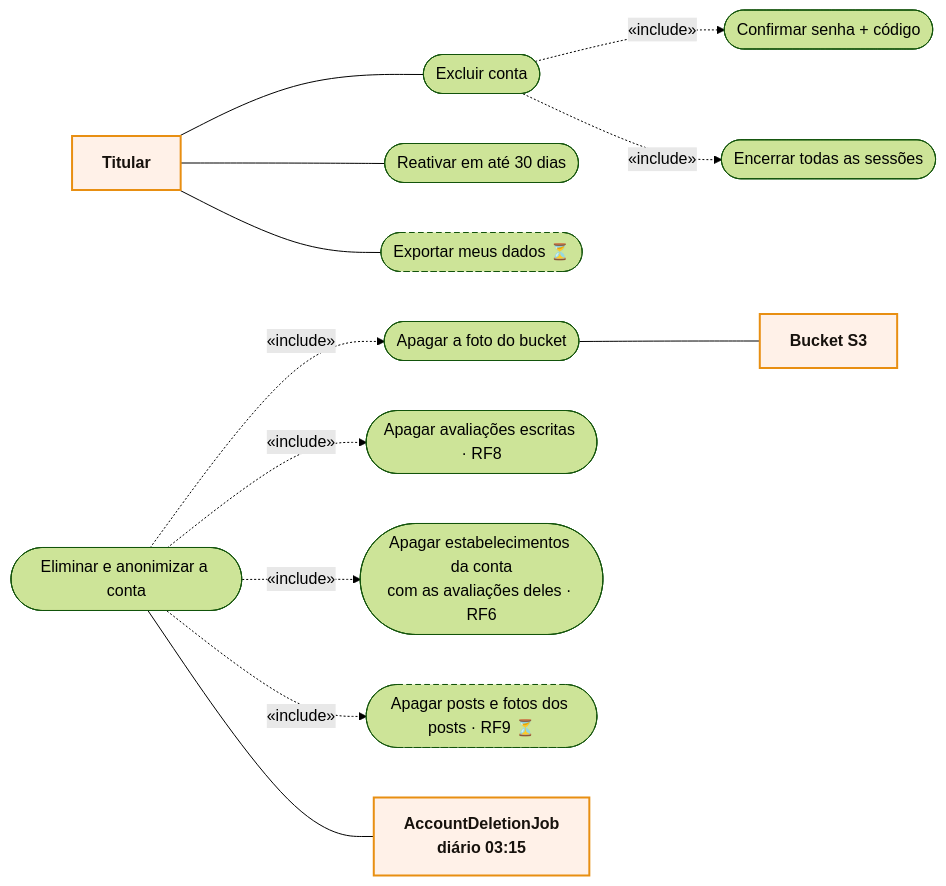
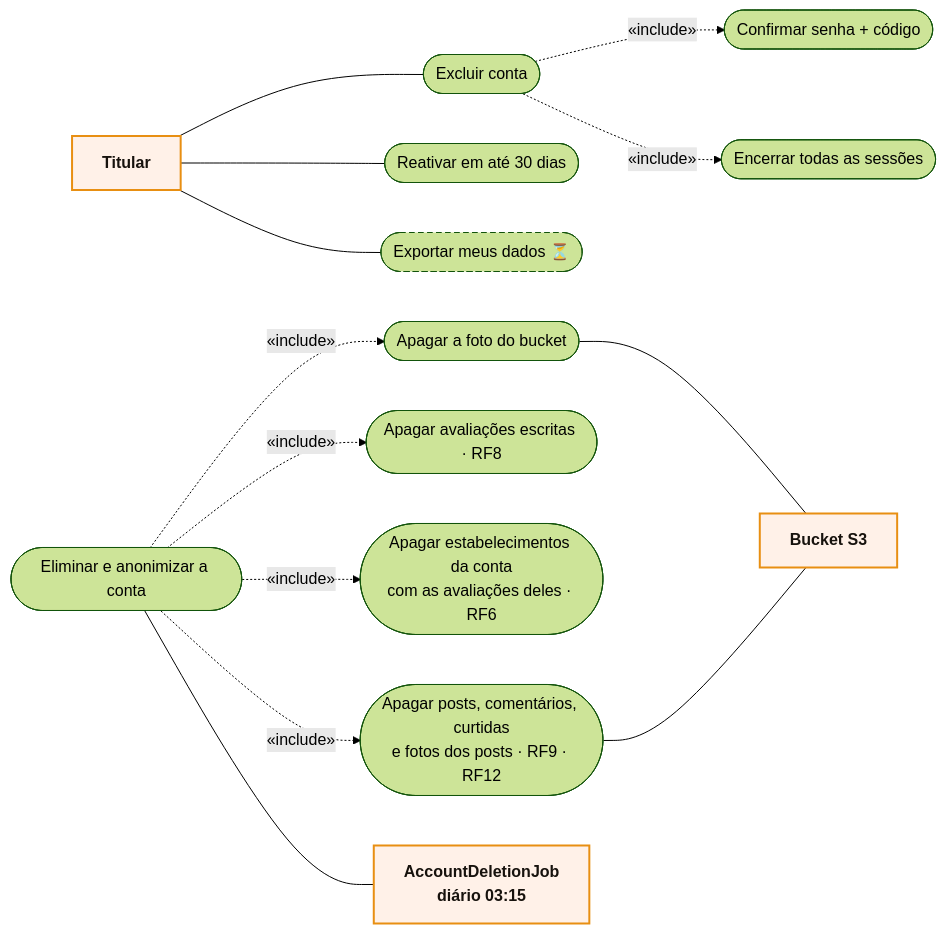
The diagram in docs/RF5/casos-de-uso.md (MatheusHaliski/Friendly-Eats), drawn with Mermaid (forest theme) before and after one commit. The commit also changed 94 other files, not shown here.

````diff
--- a/docs/RF5/casos-de-uso.md
+++ b/docs/RF5/casos-de-uso.md
@@ -3,31 +3,32 @@
 ```mermaid
 flowchart LR
     T["Titular"]:::actor
 
     EXC(["Excluir conta"])
     SUDO(["Confirmar senha + código"])
     FIM(["Encerrar todas as sessões"])
     REAT(["Reativar em até 30 dias"])
     EXP(["Exportar meus dados ⏳"]):::planned
     ELIM(["Eliminar e anonimizar a conta"])
     FOTO(["Apagar a foto do bucket"])
     AVAL(["Apagar avaliações escritas · RF8"])
     ESTB(["Apagar estabelecimentos da conta<br/>com as avaliações deles · RF6"])
-    APAG(["Apagar posts e fotos dos posts · RF9 ⏳"]):::planned
+    APAG(["Apagar posts, comentários, curtidas<br/>e fotos dos posts · RF9 · RF12"])
 
     JOB["AccountDeletionJob<br/>diário 03:15"]:::actor
     S3["Bucket S3"]:::actor
 
     T --- EXC & REAT & EXP
     EXC -. «include» .-> SUDO
     EXC -. «include» .-> FIM
     ELIM -. «include» .-> FOTO
     ELIM -. «include» .-> AVAL
     ELIM -. «include» .-> ESTB
     ELIM -. «include» .-> APAG
     ELIM --- JOB
     FOTO --- S3
+    APAG --- S3
 
     classDef actor fill:#FFF1E8,stroke:#E88F12,stroke-width:2px,color:#17120D,font-weight:bold
     classDef planned stroke-dasharray:5 4
 ```
````
